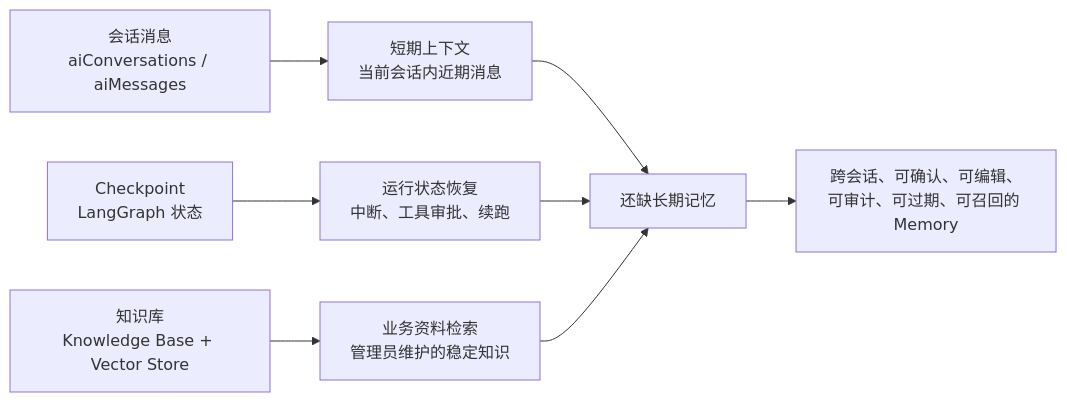
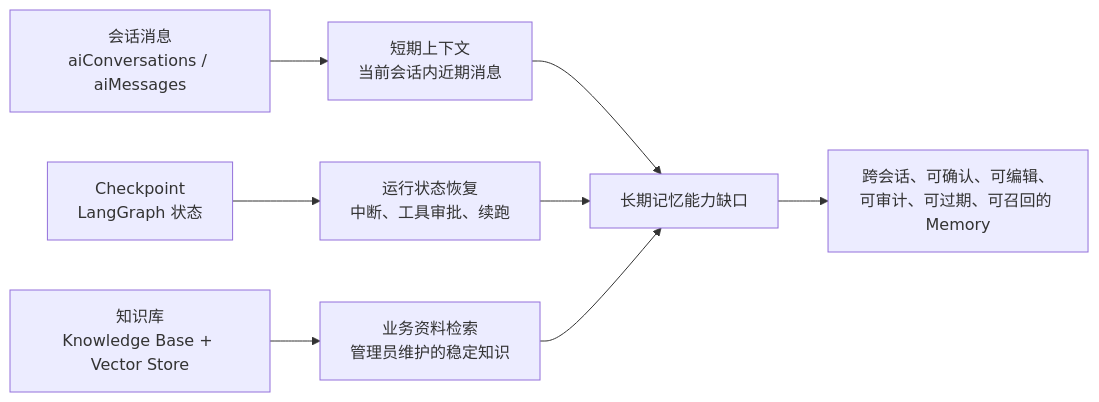
Before and after one commit to berstpander/nocobase: the seventh of 29 diagrams in ai-employee-long-term-memory-design.md, drawn with Mermaid. The commit also changed other lines of this file, not shown here.

````diff
--- a/ai-employee-long-term-memory-design.md
+++ b/ai-employee-long-term-memory-design.md
@@ -231,12 +207,12 @@
 ```mermaid
 flowchart LR
   M1["会话消息<br/>aiConversations / aiMessages"] --> P1["短期上下文<br/>当前会话内近期消息"]
   M2["Checkpoint<br/>LangGraph 状态"] --> P2["运行状态恢复<br/>中断、工具审批、续跑"]
   M3["知识库<br/>Knowledge Base + Vector Store"] --> P3["业务资料检索<br/>管理员维护的稳定知识"]
 
-  P1 --> Gap["还缺长期记忆"]
+  P1 --> Gap["长期记忆能力缺口"]
   P2 --> Gap
   P3 --> Gap
 
   Gap --> Need["跨会话、可确认、可编辑、可审计、可过期、可召回的 Memory"]
 ```
````
